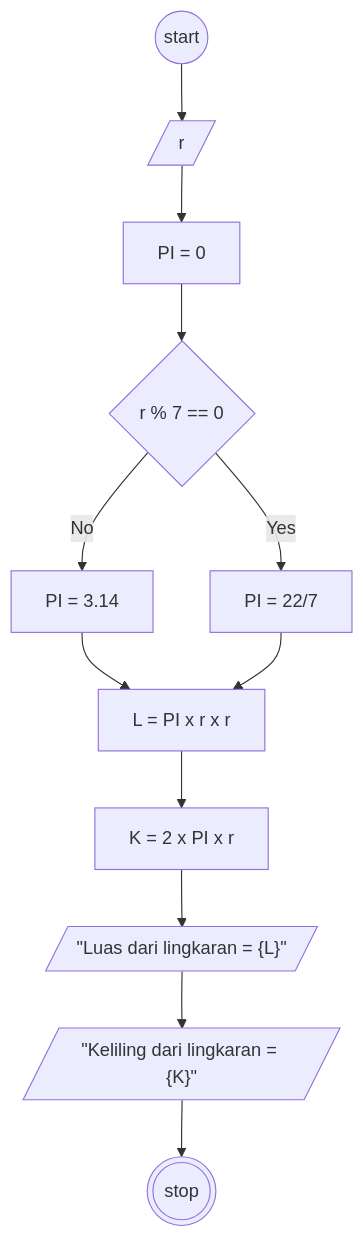
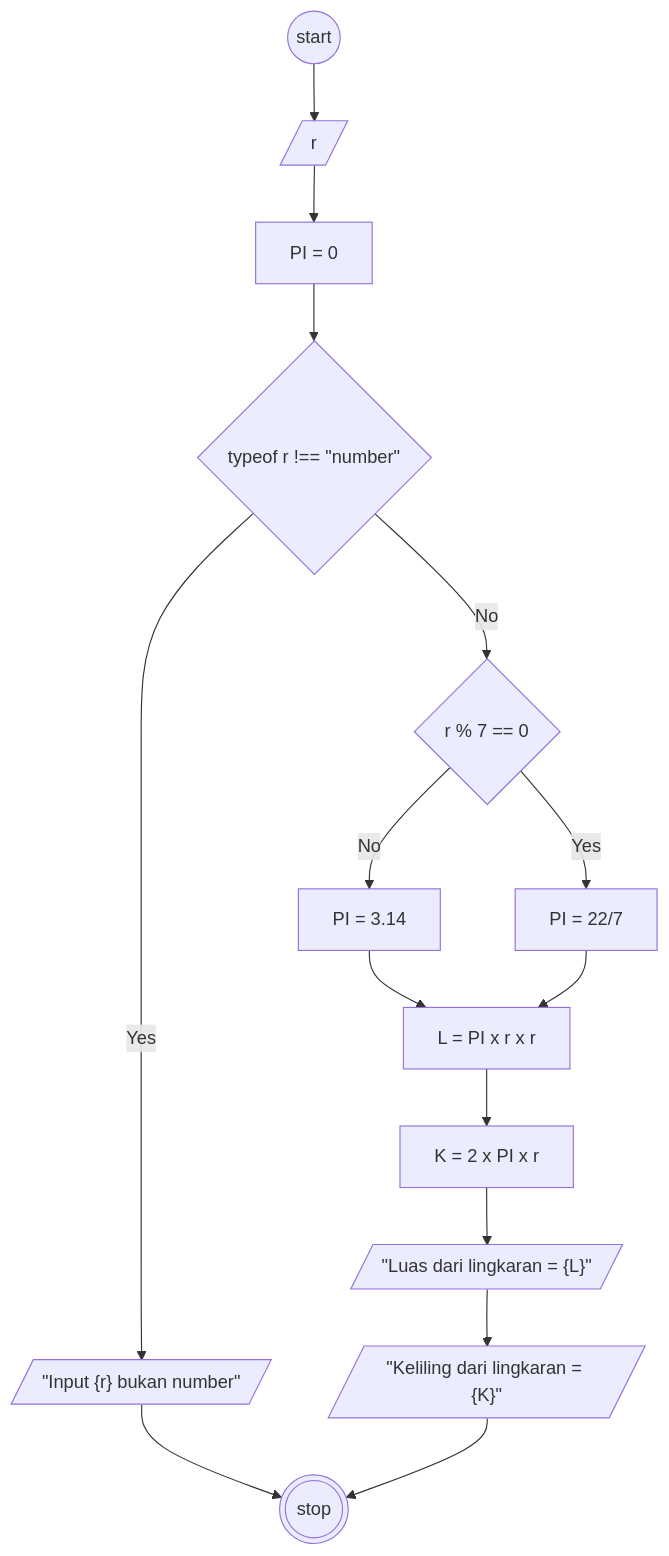
The diagram in readme.md (bildanjhry/Koda-b8-Javascript1), drawn with Mermaid before and after one commit. The commit also changed 1 other file, not shown here.

````diff
--- a/readme.md
+++ b/readme.md
@@ -6,20 +6,24 @@
 ```mermaid
 flowchart TD
 start@{shape: circle, label: "start"}
 des@{shape: diam, label: " r % 7 == 0" }
 piEm@{shape: rect, label: "PI = 0" }
 pi@{shape:rect, label: "PI = 3.14" }
 pi2@{shape:rect, label: "PI = 22/7" }
 r@{shape: lean-r, label: "r"}
+conType@{shape: diam, label: 'typeof r !== "number"'}
 L@{shape: rect, label: "L = PI x r x r"}
 outL@{shape: lean-r, label : '"Luas dari lingkaran = {L}"'}
 K@{shape: rect, label: "K = 2 x PI x r"}
+logErr@{shape: lean-r, label: '"Input {r} bukan number"'}
 outK@{shape: lean-r, label: '"Keliling dari lingkaran = {K}"'}
 finnish@{shape: double-circle, label: "stop"}
 
-start-->r-->piEm-->des
+start-->r-->piEm-->conType
+conType-- Yes -->logErr-->finnish
+conType-- No -->des
 des-- No -->pi-->L-->K-->outL-->outK-->finnish
 des-- Yes -->pi2-->L
 
 
 ```
````
